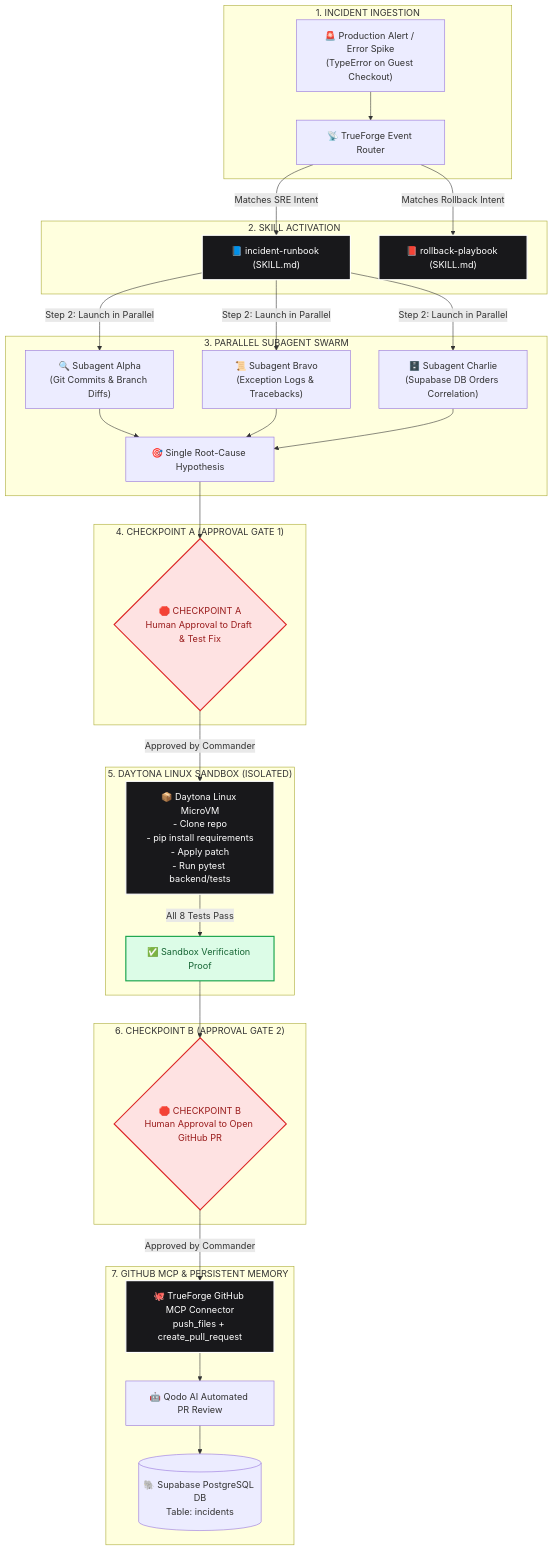
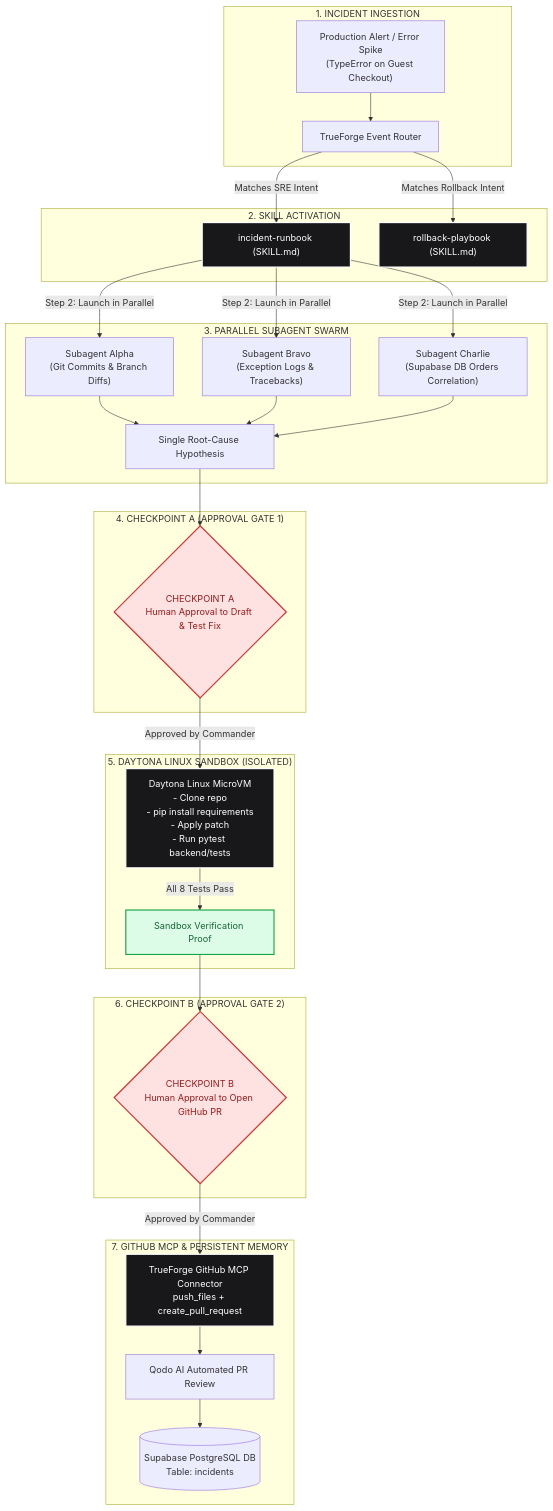
The diagram in README.md (Sourjya-Saha/sentinelops-skills), drawn with Mermaid before and after one commit. The commit also changed other lines of this file, not shown here.

Commit message:
docs: clean and professionalize skills readme documentation and architecture diagrams

````diff
--- a/README.md
+++ b/README.md
@@ -28,48 +28,48 @@
 ```mermaid
 flowchart TD
     subgraph TriggerLayer ["1. INCIDENT INGESTION"]
-        Alert["🚨 Production Alert / Error Spike<br/>(TypeError on Guest Checkout)"] --> Dispatcher["📡 TrueForge Event Router"]
+        Alert["Production Alert / Error Spike<br/>(TypeError on Guest Checkout)"] --> Dispatcher["TrueForge Event Router"]
     end
 
     subgraph SkillSelection ["2. SKILL ACTIVATION"]
-        Dispatcher -->|Matches SRE Intent| Runbook["📘 incident-runbook (SKILL.md)"]
-        Dispatcher -->|Matches Rollback Intent| Playbook["📕 rollback-playbook (SKILL.md)"]
+        Dispatcher -->|Matches SRE Intent| Runbook["incident-runbook (SKILL.md)"]
+        Dispatcher -->|Matches Rollback Intent| Playbook["rollback-playbook (SKILL.md)"]
     end
 
     subgraph SwarmExecution ["3. PARALLEL SUBAGENT SWARM"]
-        Runbook -->|Step 2: Launch in Parallel| SubAlpha["🔍 Subagent Alpha<br/>(Git Commits & Branch Diffs)"]
-        Runbook -->|Step 2: Launch in Parallel| SubBravo["📜 Subagent Bravo<br/>(Exception Logs & Tracebacks)"]
-        Runbook -->|Step 2: Launch in Parallel| SubCharlie["🗄️ Subagent Charlie<br/>(Supabase DB Orders Correlation)"]
+        Runbook -->|Step 2: Launch in Parallel| SubAlpha["Subagent Alpha<br/>(Git Commits & Branch Diffs)"]
+        Runbook -->|Step 2: Launch in Parallel| SubBravo["Subagent Bravo<br/>(Exception Logs & Tracebacks)"]
+        Runbook -->|Step 2: Launch in Parallel| SubCharlie["Subagent Charlie<br/>(Supabase DB Orders Correlation)"]
         
-        SubAlpha --> Hypothesis["🎯 Single Root-Cause Hypothesis"]
+        SubAlpha --> Hypothesis["Single Root-Cause Hypothesis"]
         SubBravo --> Hypothesis
         SubCharlie --> Hypothesis
     end
 
     subgraph Gate1 ["4. CHECKPOINT A (APPROVAL GATE 1)"]
-        Hypothesis --> CheckpointA{"🛑 CHECKPOINT A<br/>Human Approval to Draft & Test Fix"}
+        Hypothesis --> CheckpointA{"CHECKPOINT A<br/>Human Approval to Draft & Test Fix"}
     end
 
     subgraph DaytonaIsolation ["5. DAYTONA LINUX SANDBOX (ISOLATED)"]
-        CheckpointA -->|Approved by Commander| Daytona["📦 Daytona Linux MicroVM<br/>- Clone repo<br/>- pip install requirements<br/>- Apply patch<br/>- Run pytest backend/tests"]
-        Daytona -->|All 8 Tests Pass| Proof["✅ Sandbox Verification Proof"]
+        CheckpointA -->|Approved by Commander| Daytona["Daytona Linux MicroVM<br/>- Clone repo<br/>- pip install requirements<br/>- Apply patch<br/>- Run pytest backend/tests"]
+        Daytona -->|All 8 Tests Pass| Proof["Sandbox Verification Proof"]
     end
 
     subgraph Gate2 ["6. CHECKPOINT B (APPROVAL GATE 2)"]
-        Proof --> CheckpointB{"🛑 CHECKPOINT B<br/>Human Approval to Open GitHub PR"}
+        Proof --> CheckpointB{"CHECKPOINT B<br/>Human Approval to Open GitHub PR"}
     end
 
     subgraph GitHubAndQodo ["7. GITHUB MCP & PERSISTENT MEMORY"]
-        CheckpointB -->|Approved by Commander| GitHubMCP["🐙 TrueForge GitHub MCP Connector<br/>push_files + create_pull_request"]
-        GitHubMCP --> QodoReview["🤖 Qodo AI Automated PR Review"]
-        QodoReview --> SupabaseMemory[("🐘 Supabase PostgreSQL DB<br/>Table: incidents")]
+        CheckpointB -->|Approved by Commander| GitHubMCP["TrueForge GitHub MCP Connector<br/>push_files + create_pull_request"]
+        GitHubMCP --> QodoReview["Qodo AI Automated PR Review"]
+        QodoReview --> SupabaseMemory[("Supabase PostgreSQL DB<br/>Table: incidents")]
     end
 
     classDef redGate fill:#fee2e2,stroke:#dc2626,stroke-width:2px,color:#991b1b;
     classDef darkNode fill:#18181b,stroke:#ffffff,stroke-width:2px,color:#ffffff;
     classDef greenProof fill:#dcfce7,stroke:#16a34a,stroke-width:2px,color:#166534;
 
     class CheckpointA,CheckpointB redGate;
     class Runbook,Playbook,Daytona,GitHubMCP darkNode;
     class Proof greenProof;
 ```
````
